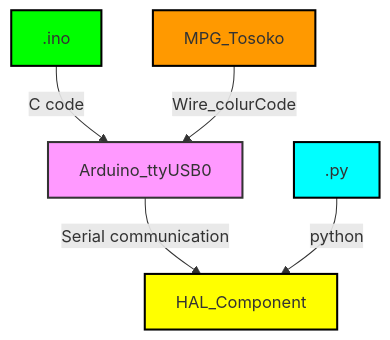
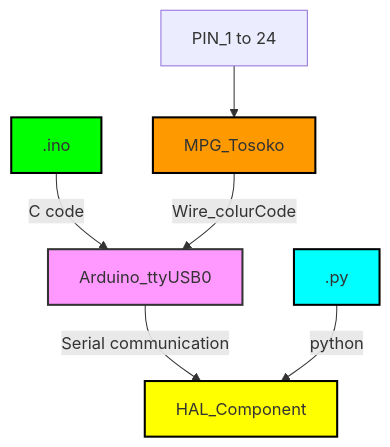
Before and after one commit to Tpj-root/MPG_pendant: the diagram in README.md, drawn with Mermaid.

````diff
--- a/README.md
+++ b/README.md
@@ -313,14 +313,15 @@
 ```mermaid
 graph TD;
     style A fill:#f9f,stroke:#333,stroke-width:2px;
     style B fill:#ff0,stroke:#000,stroke-width:2px;
     style C fill:#0f0,stroke:#000,stroke-width:2px;
     style D fill:#0ff,stroke:#000,stroke-width:2px;
     style E fill:#f90,stroke:#000,stroke-width:2px;
 
     
     A[Arduino_ttyUSB0] --> |Serial communication| B[HAL_Component]
     C[.ino]  --> |C code|A
     D[.py]  --> |python| B
     E[MPG_Tosoko] --> |Wire_colurCode|A
+    Pin_1[PIN_1 to 24]  --> E
 ```
````
